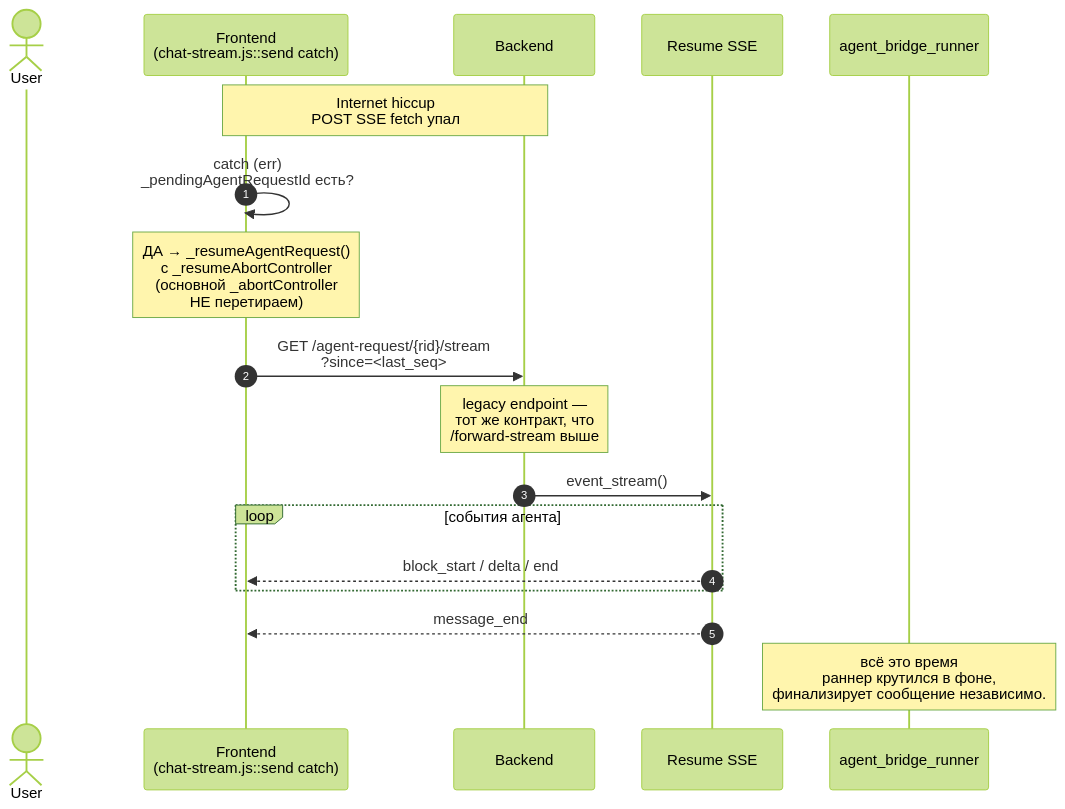
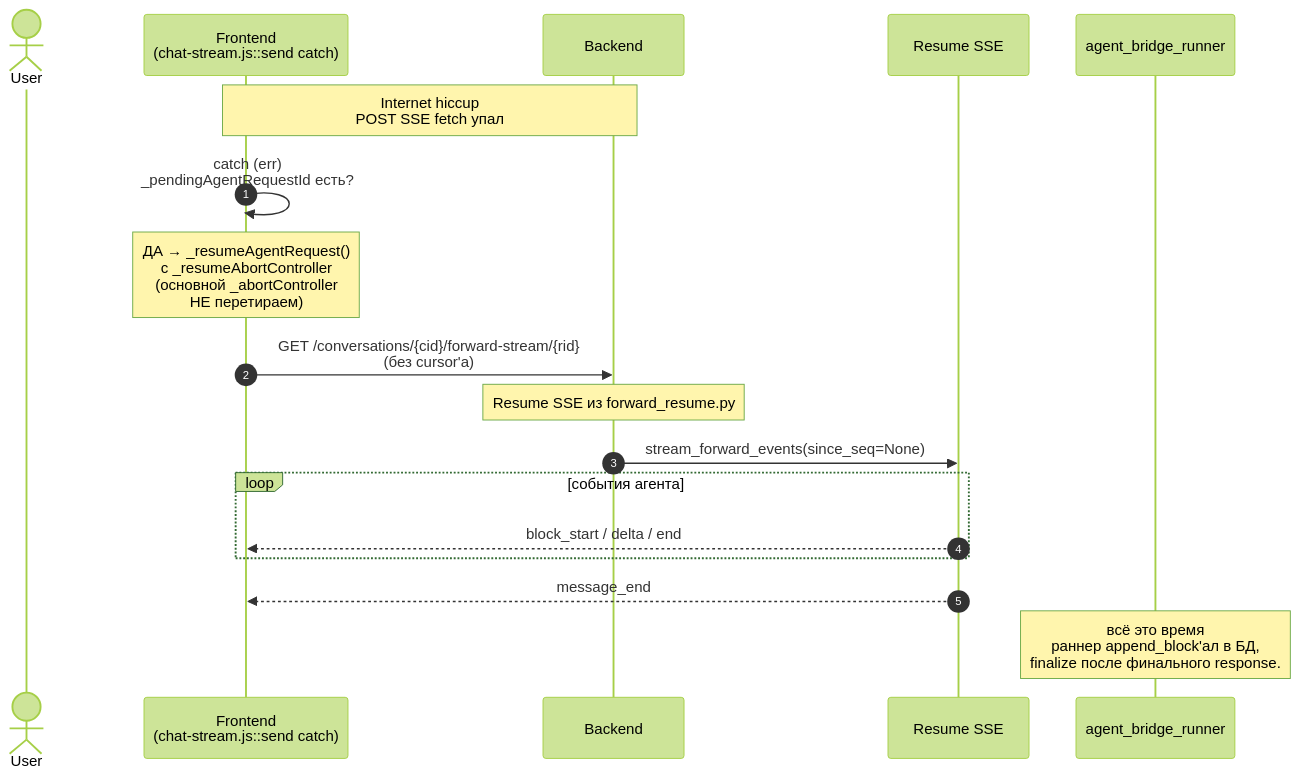
The third of 3 diagrams in docs/forward-sequence.md (mr-Dees/Act-Constructor), drawn with Mermaid (forest theme) before and after one commit. The commit also changed other lines of this file and 5 other files, not shown here.

````diff
--- a/docs/forward-sequence.md
+++ b/docs/forward-sequence.md
@@ -158,23 +163,23 @@
 ```mermaid
 sequenceDiagram
     autonumber
     actor U as User
     participant F as Frontend<br/>(chat-stream.js::send catch)
     participant API as Backend
     participant FB as Resume SSE
     participant RUN as agent_bridge_runner
 
     Note over F,API: Internet hiccup<br/>POST SSE fetch упал
     F->>F: catch (err)<br/>_pendingAgentRequestId есть?
     Note over F: ДА → _resumeAgentRequest()<br/>с _resumeAbortController<br/>(основной _abortController<br/>НЕ перетираем)
 
-    F->>API: GET /agent-request/{rid}/stream<br/>?since=<last_seq>
-    Note over API: legacy endpoint —<br/>тот же контракт, что<br/>/forward-stream выше
-    API->>FB: event_stream()
+    F->>API: GET /conversations/{cid}/forward-stream/{rid}<br/>(без cursor'а)
+    Note over API: Resume SSE из forward_resume.py
+    API->>FB: stream_forward_events(since_seq=None)
     loop события агента
         FB-->>F: block_start / delta / end
     end
     FB-->>F: message_end
 
-    Note over RUN: всё это время<br/>раннер крутился в фоне,<br/>финализирует сообщение независимо.
+    Note over RUN: всё это время<br/>раннер append_block'ал в БД,<br/>finalize после финального response.
 ```
````
